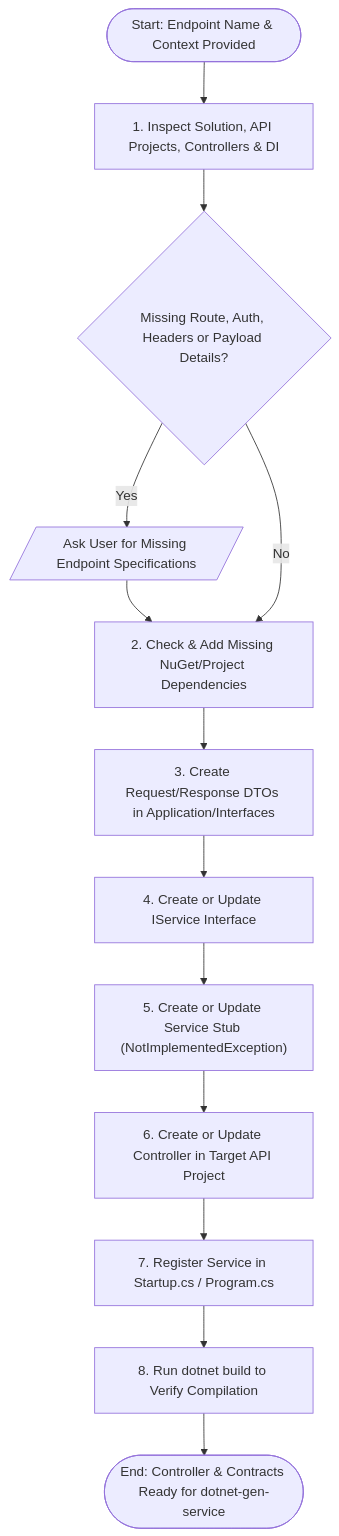
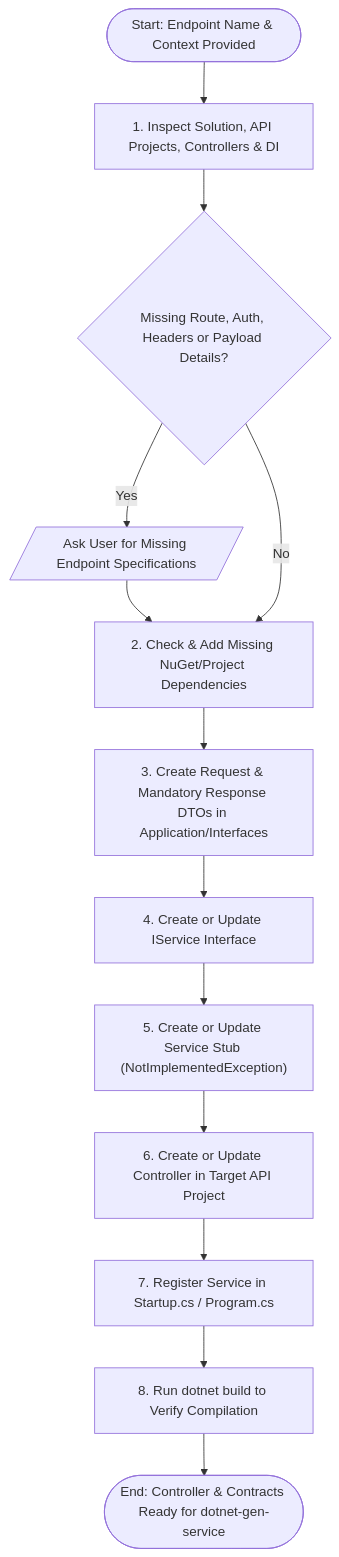
The diagram in AI/GEMINI/skills/programming/dotnet/dotnet-gen-controller.md (pedrovtof/Nievo-AI), drawn with Mermaid before and after one commit. The commit also changed other lines of this file and 2 other files, not shown here.

First line of the commit message:
feat(skills): enforce mandatory response contracts in dotnet skills

````diff
--- a/AI/GEMINI/skills/programming/dotnet/dotnet-gen-controller.md
+++ b/AI/GEMINI/skills/programming/dotnet/dotnet-gen-controller.md
@@ -23,15 +26,15 @@
 ```mermaid
 flowchart TD
     start(["Start: Endpoint Name & Context Provided"]) --> inspect["1. Inspect Solution, API Projects, Controllers & DI"]
     inspect --> ask{"Missing Route, Auth, Headers or Payload Details?"}
     ask -->|"Yes"| clarify[/"Ask User for Missing Endpoint Specifications"/]
     clarify --> deps
     ask -->|"No"| deps["2. Check & Add Missing NuGet/Project Dependencies"]
-    deps --> contracts["3. Create Request/Response DTOs in Application/Interfaces"]
+    deps --> contracts["3. Create Request & Mandatory Response DTOs in Application/Interfaces"]
     contracts --> iface["4. Create or Update I<Context>Service Interface"]
     iface --> stub["5. Create or Update <Context>Service Stub (NotImplementedException)"]
     stub --> ctrl["6. Create or Update Controller in Target API Project"]
     ctrl --> di["7. Register Service in Startup.cs / Program.cs"]
     di --> build["8. Run dotnet build to Verify Compilation"]
     build --> finish(["End: Controller & Contracts Ready for dotnet-gen-service"])
 ```
````
